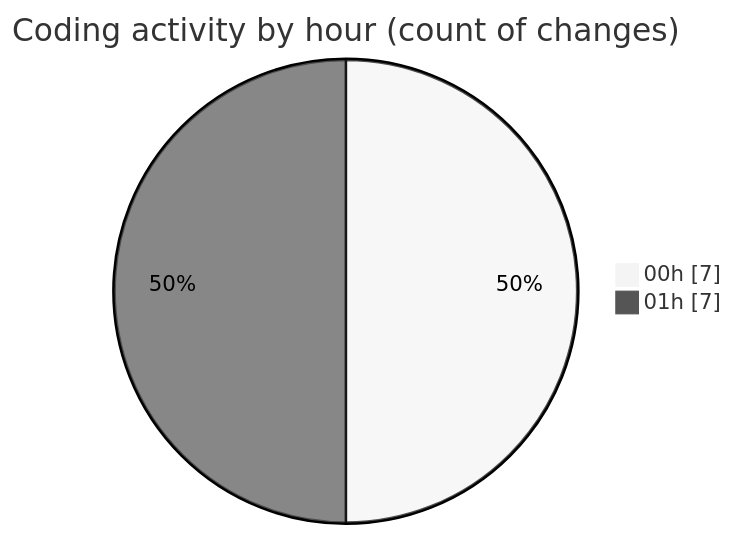
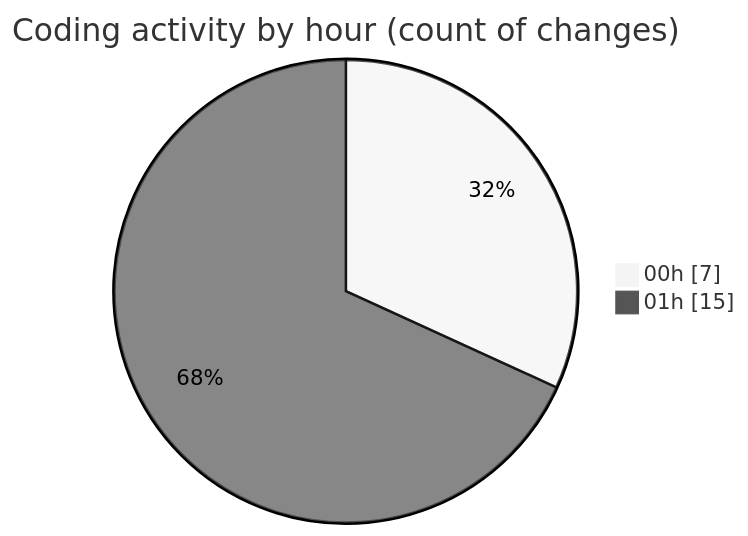
The second of 2 diagrams in 2025-08-06/tw-server/README.md (EIIisD/code-tracking), drawn with Mermaid (neutral theme) before and after one commit. The commit also changed other lines of this file and 1 other file, not shown here.

````diff
--- a/2025-08-06/tw-server/README.md
+++ b/2025-08-06/tw-server/README.md
@@ -31,6 +33,6 @@
 ```mermaid
 pie showData
 title Coding activity by hour (count of changes)
 "00h" : 7
-"01h" : 7
+"01h" : 15
 ```
````
